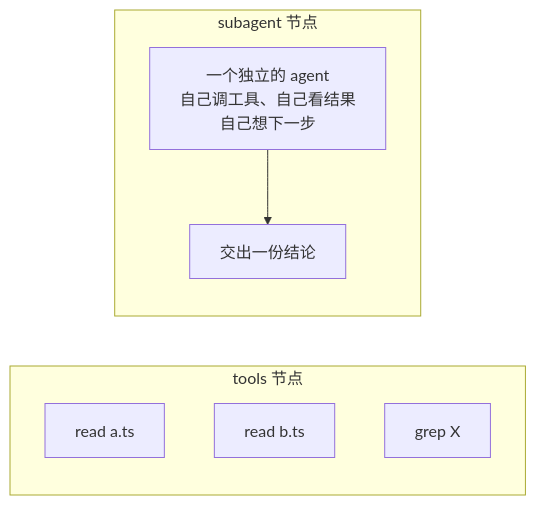
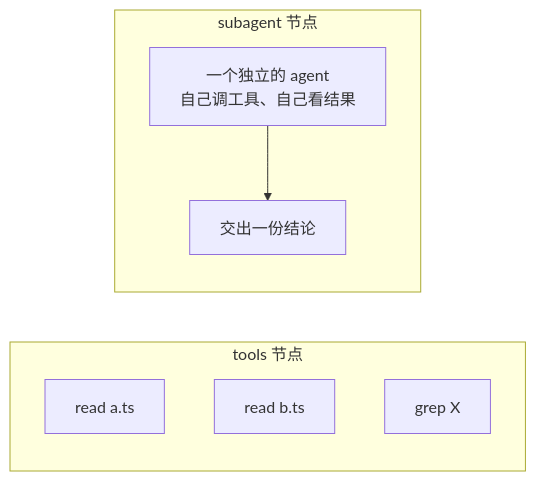
Before and after one commit to zyn19940107/dsh-conductor: the third of 4 diagrams in README.md, drawn with Mermaid. The commit also changed other lines of this file and 13 other files, not shown here.

Commit message:
清理:删掉闸门/图内续片/死配置,只留 refine_plan + 轮次预算;README 重写

````diff
--- a/README.md
+++ b/README.md
@@ -65,13 +54,13 @@
 ```mermaid
 flowchart LR
     subgraph T["tools 节点"]
       t1["read a.ts"]
       t2["read b.ts"]
       t3["grep X"]
     end
     subgraph S["subagent 节点"]
-      s1["一个独立的 agent<br/>自己调工具、自己看结果<br/>自己想下一步"]
+      s1["一个独立的 agent<br/>自己调工具、自己看结果"]
       s2["交出一份结论"]
       s1 --> s2
     end
 ```
````
